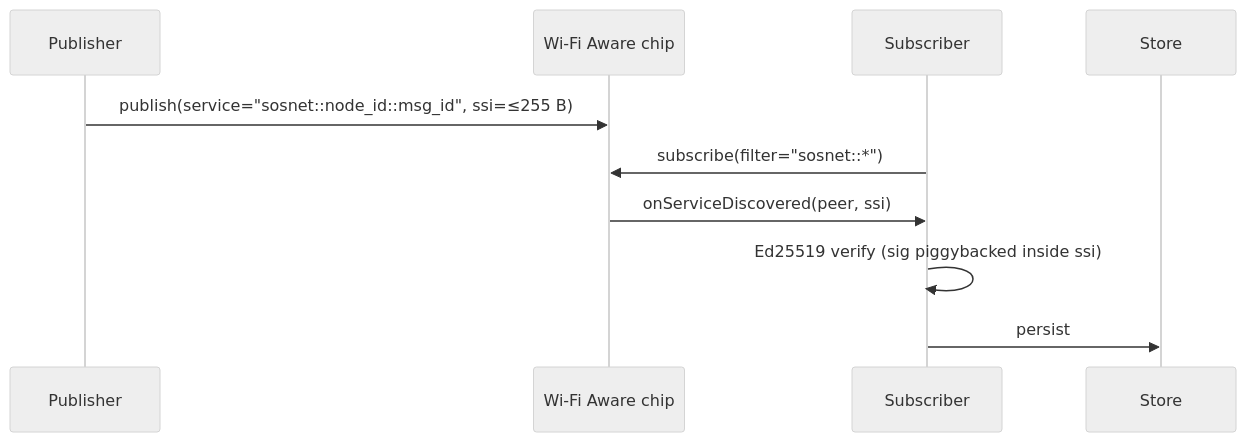
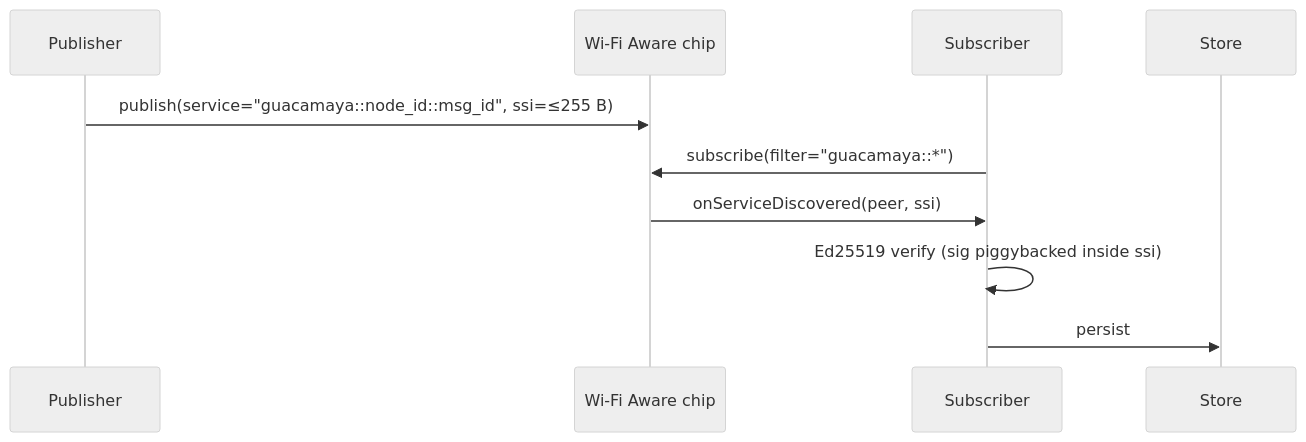
One commit to vmlcode/guacamaya-net changed the fifth of 6 diagrams in android/docs/protocol-flows.md. Above: the diagram before and after it, drawn with Mermaid (neutral theme). The commit also changed other lines of this file and 91 other files, not shown here.

````diff
--- a/android/docs/protocol-flows.md
+++ b/android/docs/protocol-flows.md
@@ -147,11 +147,11 @@
 ```mermaid
 sequenceDiagram
   participant Pub as Publisher
   participant NAN as Wi-Fi Aware chip
   participant Sub as Subscriber
-  Pub->>NAN: publish(service="sosnet::node_id::msg_id", ssi=≤255 B)
-  Sub->>NAN: subscribe(filter="sosnet::*")
+  Pub->>NAN: publish(service="guacamaya::node_id::msg_id", ssi=≤255 B)
+  Sub->>NAN: subscribe(filter="guacamaya::*")
   NAN->>Sub: onServiceDiscovered(peer, ssi)
   Sub->>Sub: Ed25519 verify (sig piggybacked inside ssi)
   Sub->>Store: persist
 ```
````
